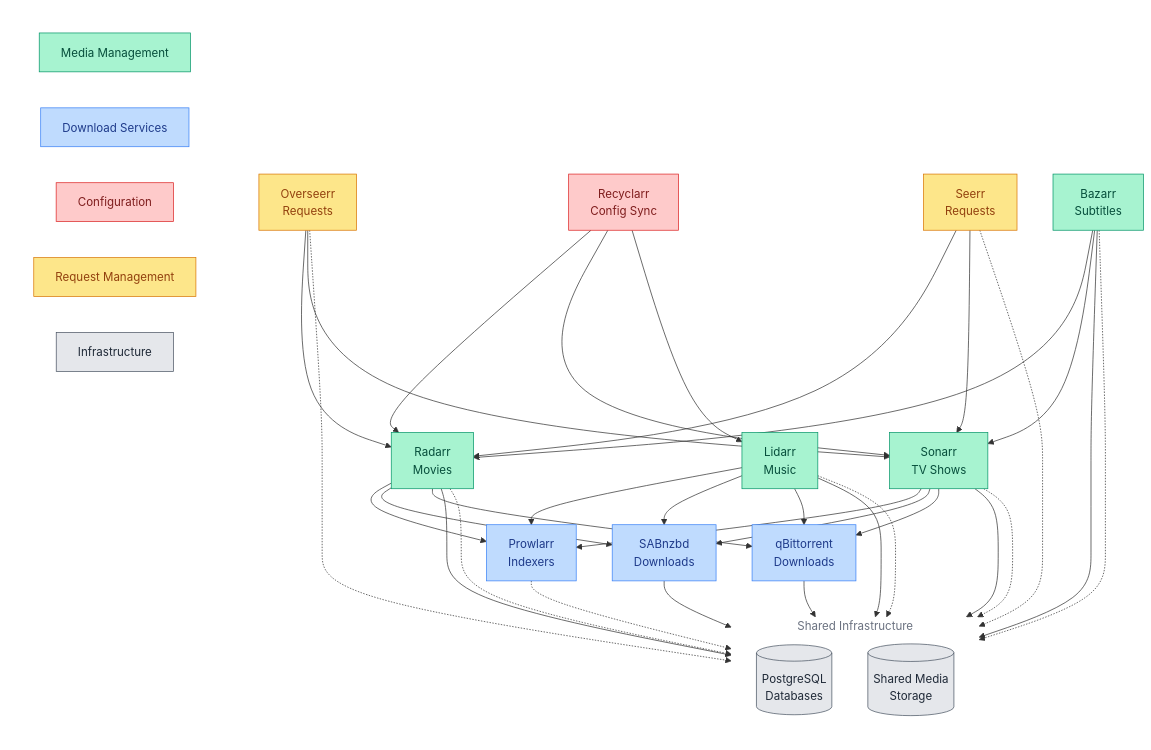
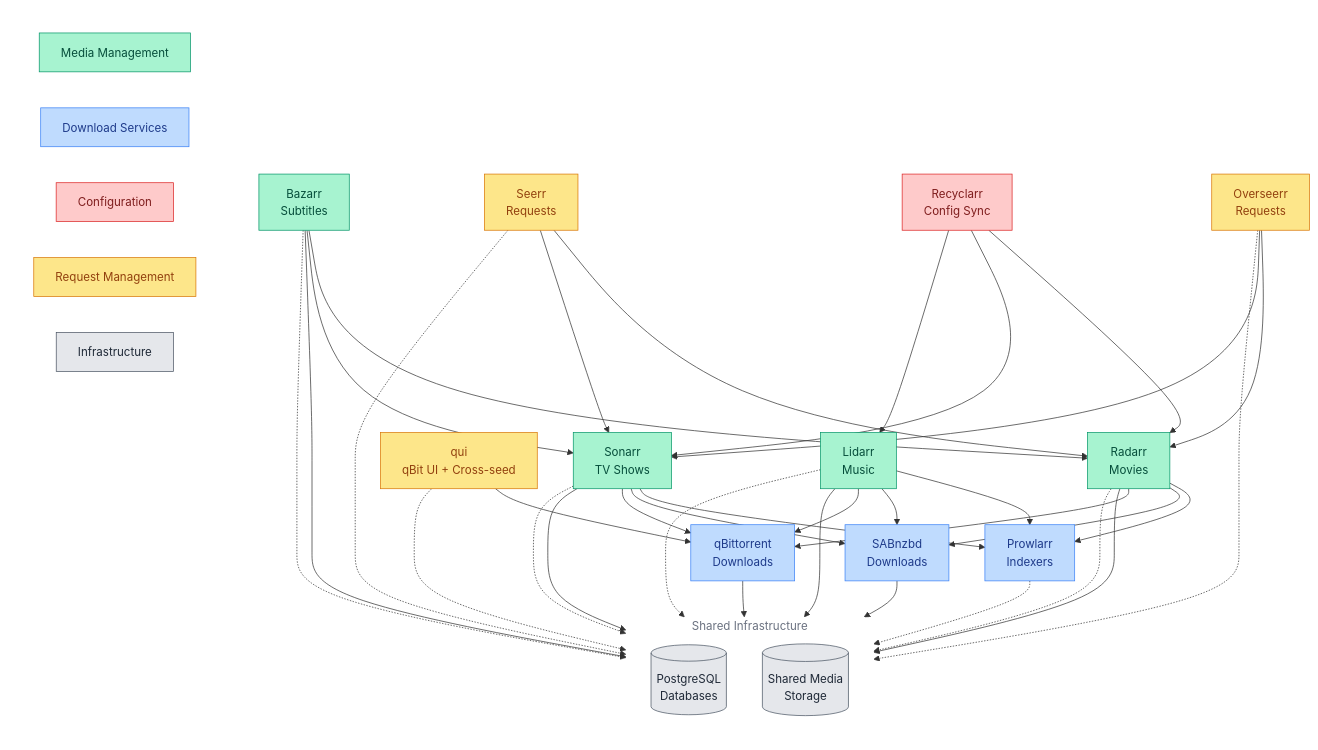
Before and after one commit to ppat/homelab-ops-kubernetes-apps: the diagram in apps/subsystems/downloaders/README.md, drawn with Mermaid. The commit also changed other lines of this file and 12 other files, not shown here.

```diff
--- a/apps/subsystems/downloaders/README.md
+++ b/apps/subsystems/downloaders/README.md
@@ -59,6 +59,7 @@
     %% Request Management
     overseerr[Overseerr<br/>Requests]:::request
     seerr[Seerr<br/>Requests]:::request
+    qui[qui<br/>qBit UI + Cross-seed]:::request
 
     %% Shared Infrastructure
     subgraph infrastructure[Shared Infrastructure]
@@ -72,6 +73,7 @@
     overseerr --> sonarr
     seerr --> radarr
     seerr --> sonarr
+    qui --> qbittorrent
 
     %% Media Management Flow
     radarr --> prowlarr
@@ -103,6 +105,7 @@
     bazarr -.-> postgres
     prowlarr -.-> postgres
     overseerr -.-> postgres
+    qui -.-> postgres
     seerr -.-> postgres
 
     %% Configuration Management
```
